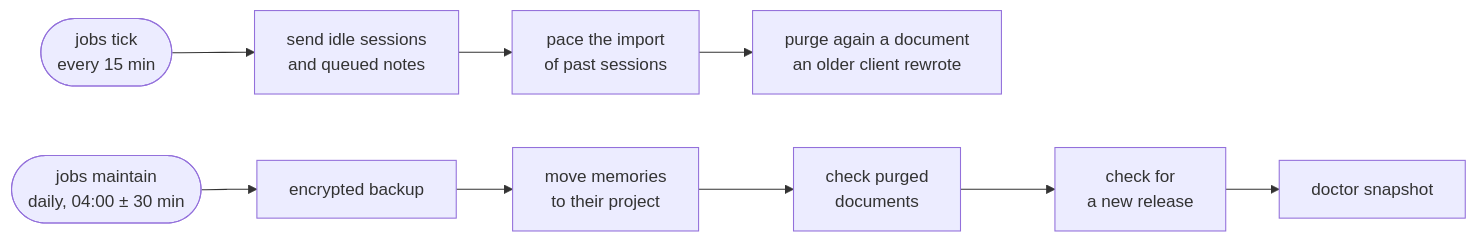
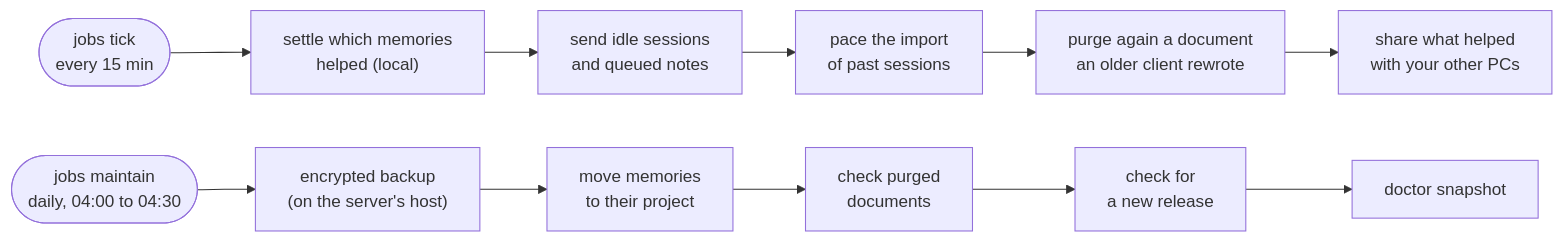
Before and after one commit to Barben360/backsight: the second of 2 diagrams in README.md, drawn with Mermaid. The commit also changed other lines of this file and 1 other file, not shown here.

First line of the commit message:
📝 Bring the README's How it works up to date: credits, the shared server, the jobs' new steps

````diff
--- a/README.md
+++ b/README.md
@@ -116,5 +125,5 @@
 ```mermaid
 flowchart LR
-    tick(["jobs tick<br/>every 15 min"]) --> t1["send idle sessions<br/>and queued notes"] --> t2["pace the import<br/>of past sessions"] --> t3["purge again a document<br/>an older client rewrote"]
-    maintain(["jobs maintain<br/>daily, 04:00 ± 30 min"]) --> m1["encrypted backup"] --> m2["move memories<br/>to their project"] --> m3["check purged<br/>documents"] --> m4["check for<br/>a new release"] --> m5["doctor snapshot"]
+    tick(["jobs tick<br/>every 15 min"]) --> t1["settle which memories<br/>helped (local)"] --> t2["send idle sessions<br/>and queued notes"] --> t3["pace the import<br/>of past sessions"] --> t4["purge again a document<br/>an older client rewrote"] --> t5["share what helped<br/>with your other PCs"]
+    maintain(["jobs maintain<br/>daily, 04:00 to 04:30"]) --> m1["encrypted backup<br/>(on the server's host)"] --> m2["move memories<br/>to their project"] --> m3["check purged<br/>documents"] --> m4["check for<br/>a new release"] --> m5["doctor snapshot"]
 ```
````
